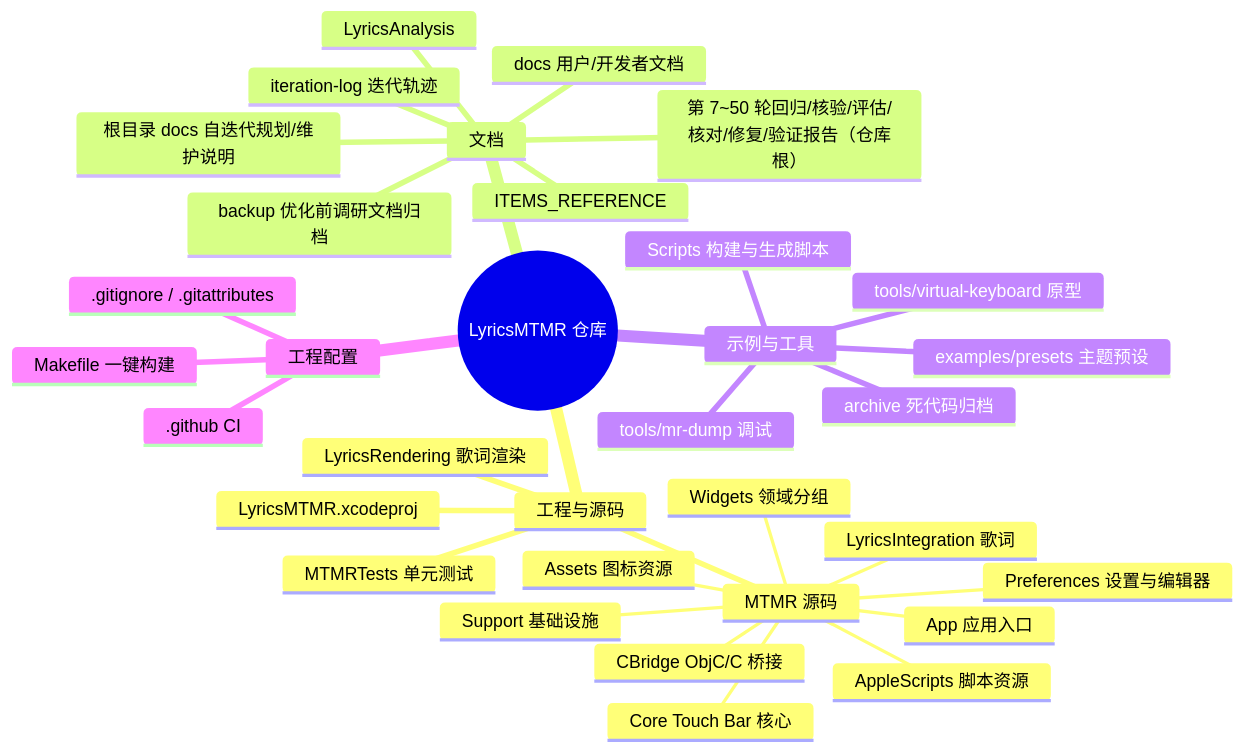
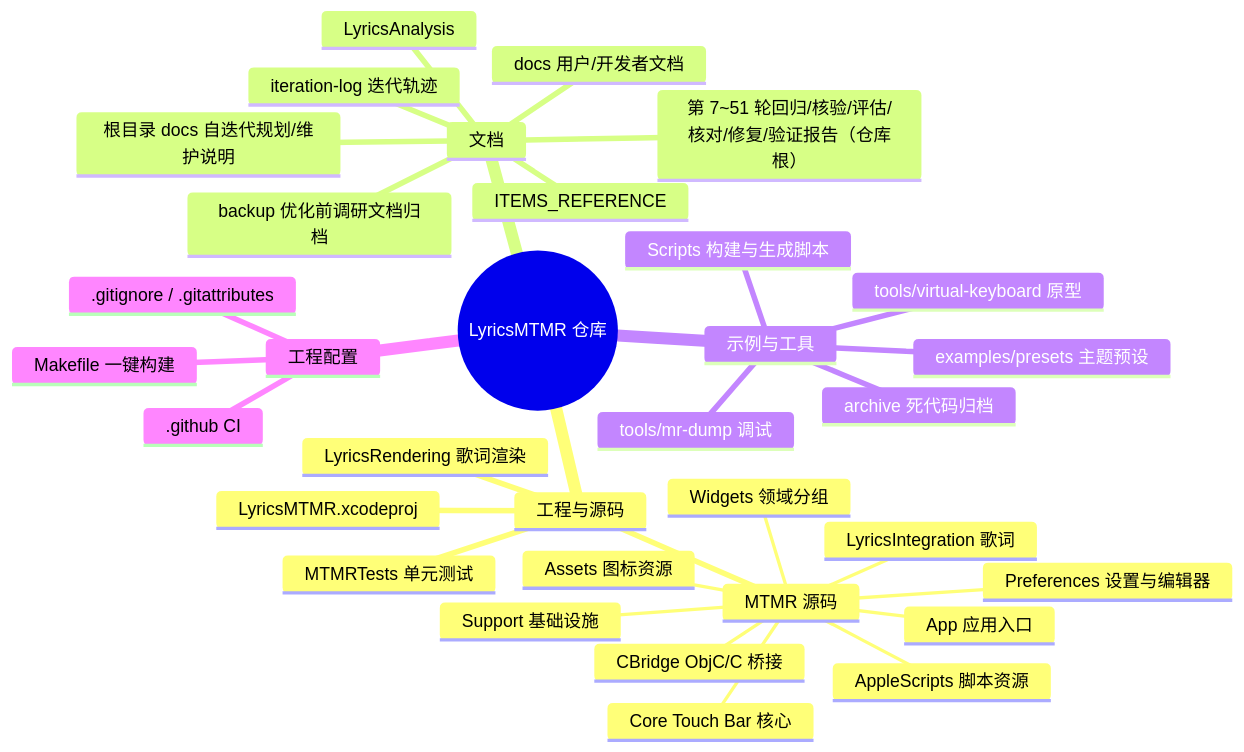
The first of 2 diagrams in LyricsMTMR/docs/file-structure.zh.md (Tangzishun-Li/LyricsMTMR), drawn with Mermaid before and after one commit. The commit also changed other lines of this file and 3 other files, not shown here.

````diff
--- a/LyricsMTMR/docs/file-structure.zh.md
+++ b/LyricsMTMR/docs/file-structure.zh.md
@@ -10,36 +10,36 @@
 ```mermaid
 mindmap
   root((LyricsMTMR 仓库))
     工程与源码
       LyricsMTMR.xcodeproj
       MTMR 源码
         App 应用入口
         Core Touch Bar 核心
         Support 基础设施
         Widgets 领域分组
         Preferences 设置与编辑器
         LyricsIntegration 歌词
         CBridge ObjC/C 桥接
         AppleScripts 脚本资源
         Assets 图标资源
       LyricsRendering 歌词渲染
       MTMRTests 单元测试
     文档
       docs 用户/开发者文档
       ITEMS_REFERENCE
       LyricsAnalysis
       backup 优化前调研文档归档
       iteration-log 迭代轨迹
       根目录 docs 自迭代规划/维护说明
-      第 7~50 轮回归/核验/评估/核对/修复/验证报告（仓库根）
+      第 7~51 轮回归/核验/评估/核对/修复/验证报告（仓库根）
     示例与工具
       examples/presets 主题预设
       tools/mr-dump 调试
       tools/virtual-keyboard 原型
       Scripts 构建与生成脚本
       archive 死代码归档
     工程配置
       .github CI
       .gitignore / .gitattributes
       Makefile 一键构建
 ```
````
